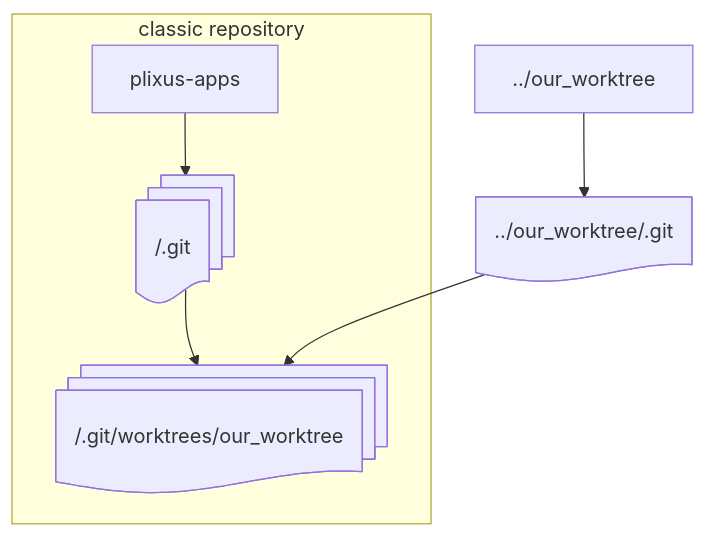
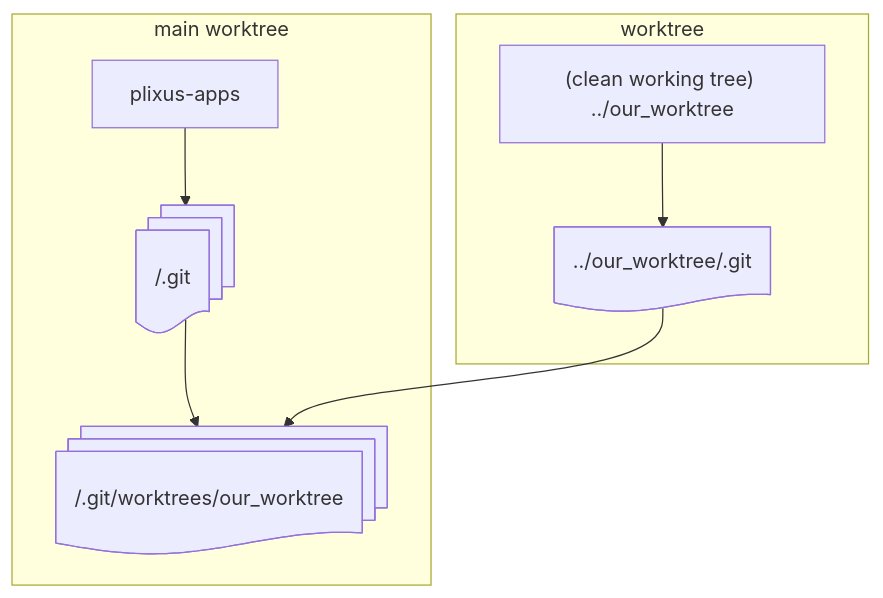
One commit to aaronhtelevic/worktrees-explainer changed the second of 2 diagrams in worktrees.md. Above: the diagram before and after it, drawn with Mermaid. The commit also changed other lines of this file, not shown here.

````diff
--- a/worktrees.md
+++ b/worktrees.md
@@ -124,10 +129,12 @@
 ```mermaid +render
 graph TD;
-    subgraph repo_container [classic repository]
-    repo[plixus-apps] --> gitdir@{ shape: documents, label: "/.git" };
-    gitdir --> gitworktreedir@{ shape: documents, label: "/.git/worktrees/our_worktree"}
+    subgraph repo_container [main worktree]
+       repo[plixus-apps] --> gitdir@{ shape: documents, label: "/.git" };
+       gitdir --> gitworktreedir@{ shape: documents, label: "/.git/worktrees/our_worktree"}
     end
-    worktree[../our_worktree] --> gitfile@{ shape: doc, label: "../our_worktree/.git" };
-    gitfile --> gitworktreedir;
+    subgraph worktree_container [worktree]
+       worktree["(clean working tree) ../our_worktree"] --> gitfile@{ shape: doc, label: "../our_worktree/.git" };
+       gitfile --> gitworktreedir;
+    end
 
 ```
````
